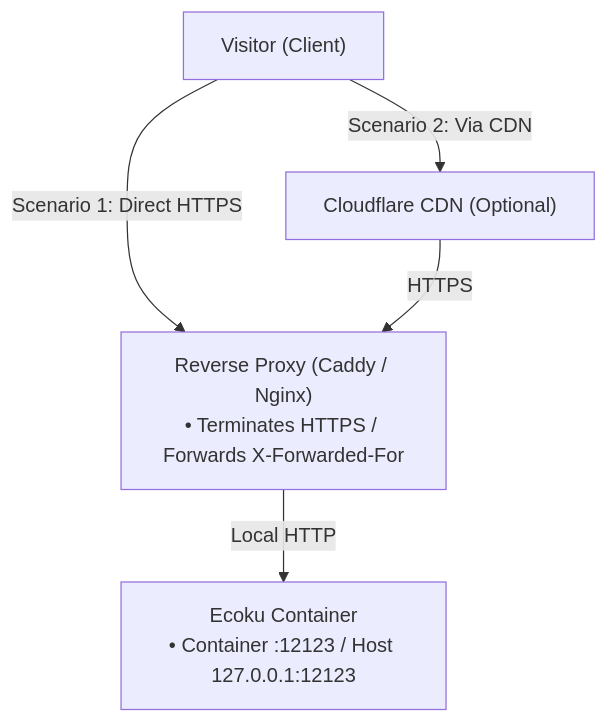
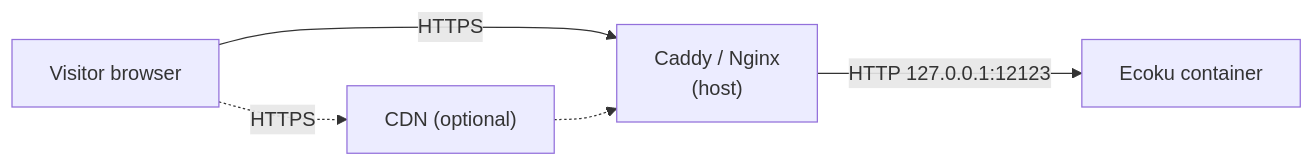
Before and after one commit to DejavuMoe/Ecoku: the diagram in docs/en/self-hosting/reverse-proxy.md, drawn with Mermaid. The commit also changed other lines of this file and 165 other files, not shown here.

````diff
--- a/docs/en/self-hosting/reverse-proxy.md
+++ b/docs/en/self-hosting/reverse-proxy.md
@@ -9,12 +12,6 @@
 ```mermaid
-flowchart TD
-    V["Visitor (Client)"]
-    CDN["Cloudflare CDN (Optional)"]
-    Proxy["Reverse Proxy (Caddy / Nginx)<br/>• Terminates HTTPS / Forwards X-Forwarded-For"]
-    Container["Ecoku Container<br/>• Container :12123 / Host 127.0.0.1:12123"]
-
-    V -->|Scenario 1: Direct HTTPS| Proxy
-    V -->|Scenario 2: Via CDN| CDN
-    CDN -->|HTTPS| Proxy
-    Proxy -->|Local HTTP| Container
+flowchart LR
+    V["Visitor browser"] -->|HTTPS| P["Caddy / Nginx<br/>(host)"]
+    V -.->|HTTPS| C["CDN (optional)"] -.-> P
+    P -->|"HTTP 127.0.0.1:12123"| E["Ecoku container"]
 ```
````
